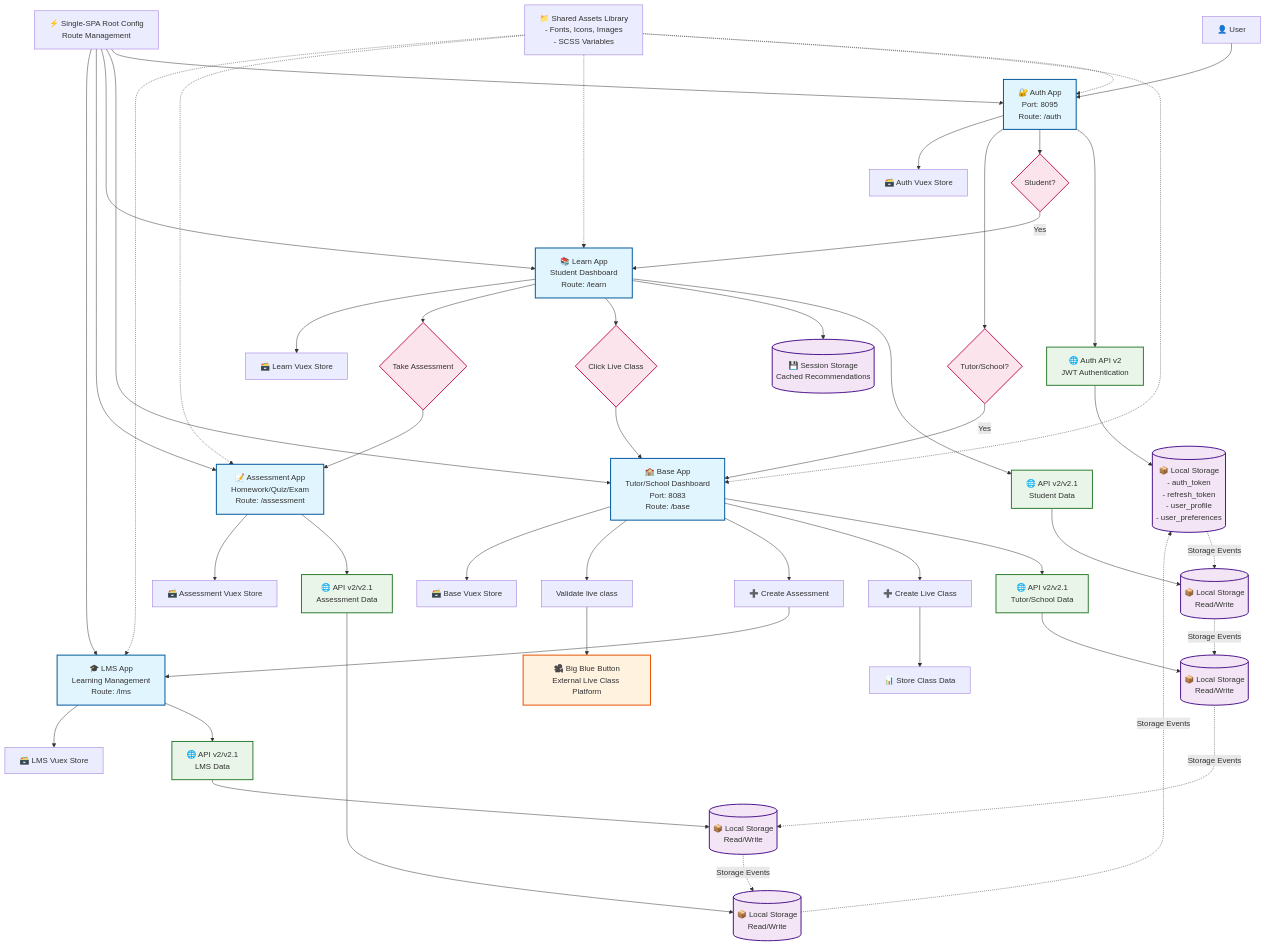
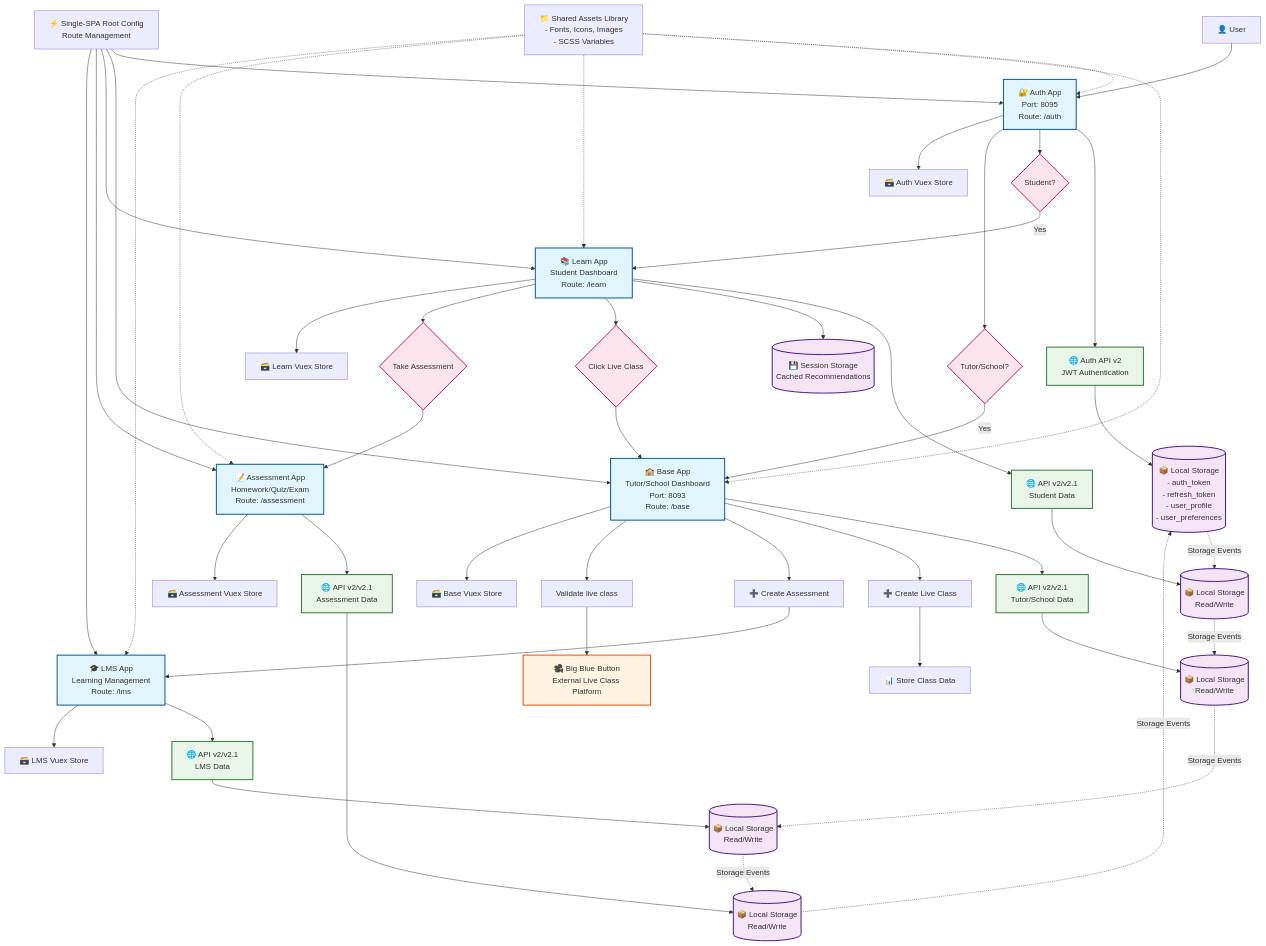
One commit to gradely/project-docs changed the diagram in frontend-doc.md. Above: the diagram before and after it, drawn with Mermaid. The commit also changed other lines of this file, not shown here.

```diff
--- a/frontend-doc.md
+++ b/frontend-doc.md
@@ -38,7 +38,7 @@
     Auth --> TutorCheck{Tutor/School?}
     
     StudentCheck -->|Yes| Learn[📚 Learn App<br/>Student Dashboard<br/>Route: /learn]
-    TutorCheck -->|Yes| Base[🏫 Base App<br/>Tutor/School Dashboard<br/>Port: 8083<br/>Route: /base]
+    TutorCheck -->|Yes| Base[🏫 Base App<br/>Tutor/School Dashboard<br/>Port: 8093<br/>Route: /base]
     
     %% Student Journey
     Learn --> LearnAPI[🌐 API v2/v2.1<br/>Student Data]
```
